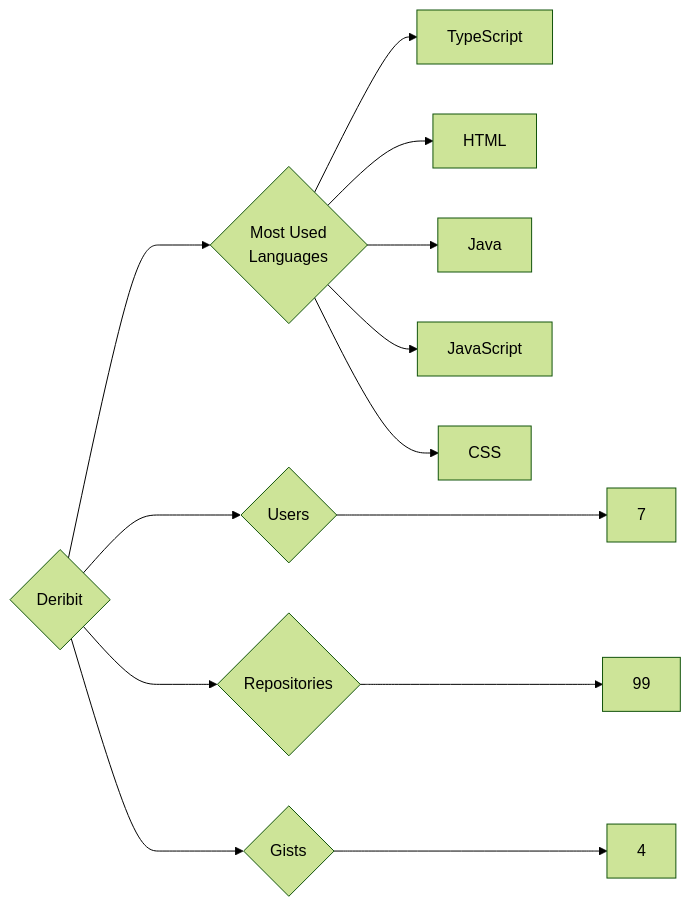
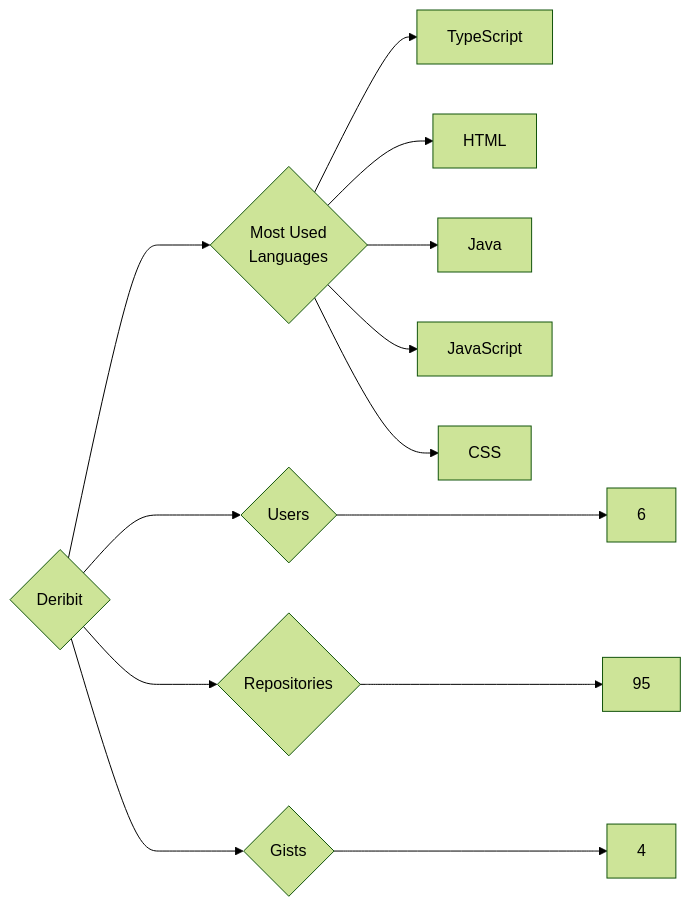
Before and after one commit to trickest/insiders: the diagram in targets/Deribit/README.md, drawn with Mermaid (forest theme). The commit also changed 993 other files, not shown here.

````diff
--- a/targets/Deribit/README.md
+++ b/targets/Deribit/README.md
@@ -3,13 +3,13 @@
 ```mermaid
 graph LR
 COMPANY_NAME{Deribit}
-COMPANY_NAME ---> U{Users} ---> UN[7]
-COMPANY_NAME ---> R{Repositories} ---> RN[99]
+COMPANY_NAME ---> U{Users} ---> UN[6]
+COMPANY_NAME ---> R{Repositories} ---> RN[95]
 COMPANY_NAME ---> G{Gists} ---> GN[4]
 COMPANY_NAME ---> ML{Most Used<br>Languages}
 ML --> TypeScript[TypeScript]
 ML --> HTML[HTML]
 ML --> Java[Java]
 ML --> JavaScript[JavaScript]
 ML --> CSS[CSS]
 ```
````
